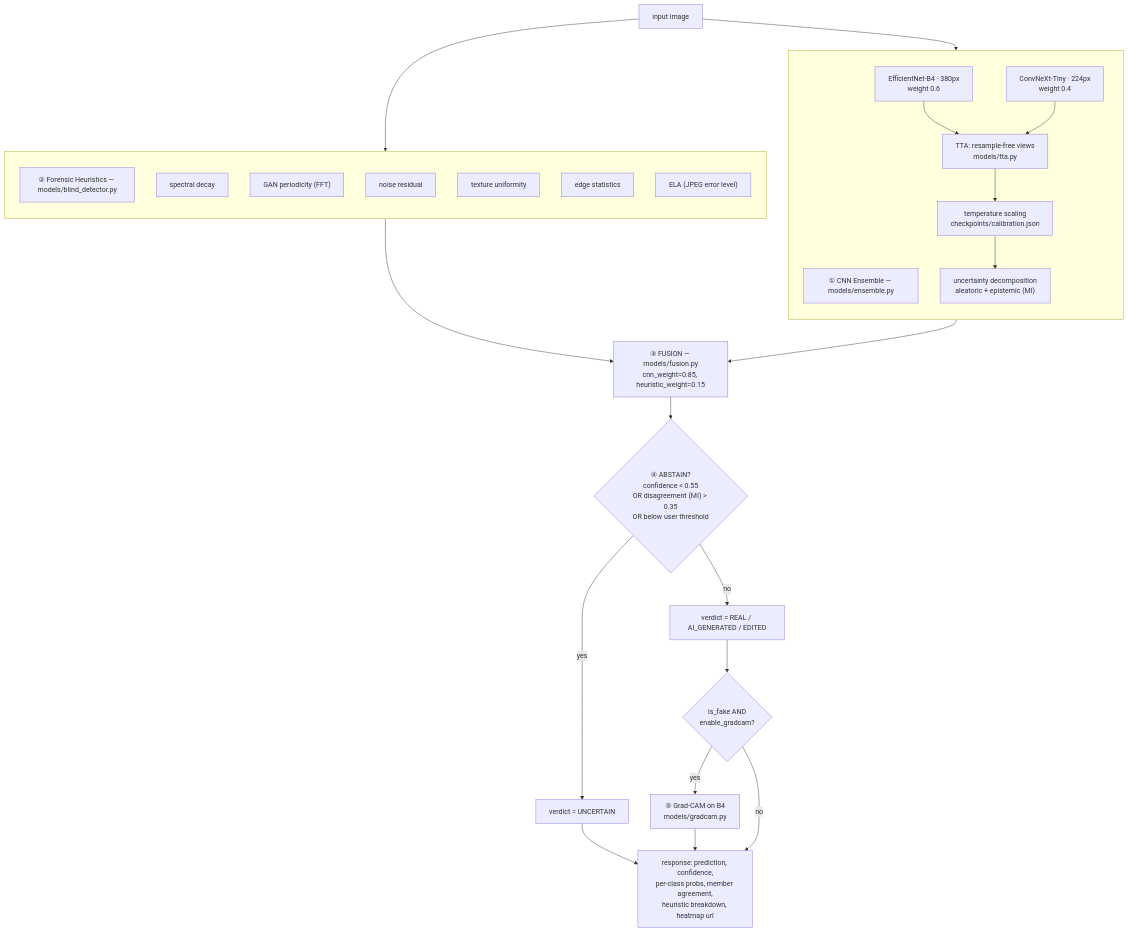
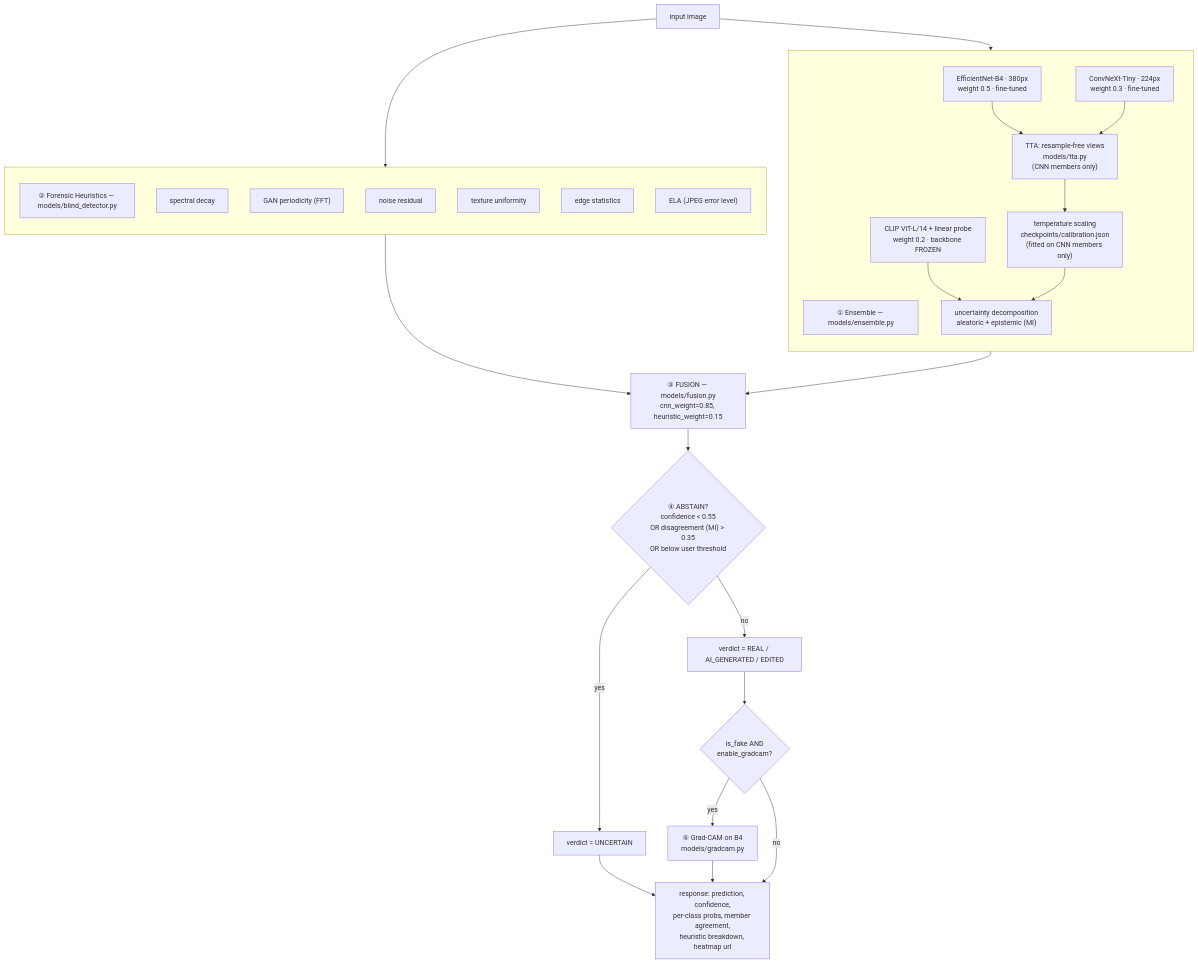
One commit to RuudyLinux/Fake_Image_Detection changed the second of 5 diagrams in ARCHITECTURE.md. Above: the diagram before and after it, drawn with Mermaid. The commit also changed other lines of this file and 1 other file, not shown here.

First line of the commit message:
docs: update ARCHITECTURE.md and PROJECT_SPEC.md for CLIP member + comparative fix

````diff
--- a/ARCHITECTURE.md
+++ b/ARCHITECTURE.md
@@ -42,42 +42,44 @@
 ```mermaid
 flowchart TB
     Img["input image"] --> Ens["① CNN ENSEMBLE"]
     Img --> Heur["② FORENSIC HEURISTICS"]
 
     subgraph Ens[" "]
         direction TB
-        EnsTitle["① CNN Ensemble — models/ensemble.py"]
-        B4["EfficientNet-B4 · 380px\nweight 0.6"]
-        CN["ConvNeXt-Tiny · 224px\nweight 0.4"]
-        TTA["TTA: resample-free views\nmodels/tta.py"]
-        Cal["temperature scaling\ncheckpoints/calibration.json"]
+        EnsTitle["① Ensemble — models/ensemble.py"]
+        B4["EfficientNet-B4 · 380px\nweight 0.5 · fine-tuned"]
+        CN["ConvNeXt-Tiny · 224px\nweight 0.3 · fine-tuned"]
+        CL["CLIP ViT-L/14 + linear probe\nweight 0.2 · backbone FROZEN"]
+        TTA["TTA: resample-free views\nmodels/tta.py\n(CNN members only)"]
+        Cal["temperature scaling\ncheckpoints/calibration.json\n(fitted on CNN members only)"]
         B4 --> TTA
         CN --> TTA
         TTA --> Cal
+        CL --> Unc
         Cal --> Unc["uncertainty decomposition\naleatoric + epistemic (MI)"]
     end
 
     subgraph Heur[" "]
         direction TB
         HeurTitle["② Forensic Heuristics — models/blind_detector.py"]
         H1["spectral decay"]
         H2["GAN periodicity (FFT)"]
         H3["noise residual"]
         H4["texture uniformity"]
         H5["edge statistics"]
         H6["ELA (JPEG error level)"]
     end
 
     Unc --> Fuse["③ FUSION — models/fusion.py\ncnn_weight=0.85, heuristic_weight=0.15"]
     Heur --> Fuse
 
     Fuse --> Gate{"④ ABSTAIN?\nconfidence < 0.55\nOR disagreement (MI) > 0.35\nOR below user threshold"}
     Gate -->|yes| Uncertain["verdict = UNCERTAIN"]
     Gate -->|no| Verdict["verdict = REAL / AI_GENERATED / EDITED"]
 
     Verdict --> Cam{"is_fake AND\nenable_gradcam?"}
     Cam -->|yes| GC["⑤ Grad-CAM on B4\nmodels/gradcam.py"]
     Cam -->|no| Out
     Uncertain --> Out["response: prediction, confidence,\nper-class probs, member agreement,\nheuristic breakdown, heatmap url"]
     GC --> Out
 ```
````
